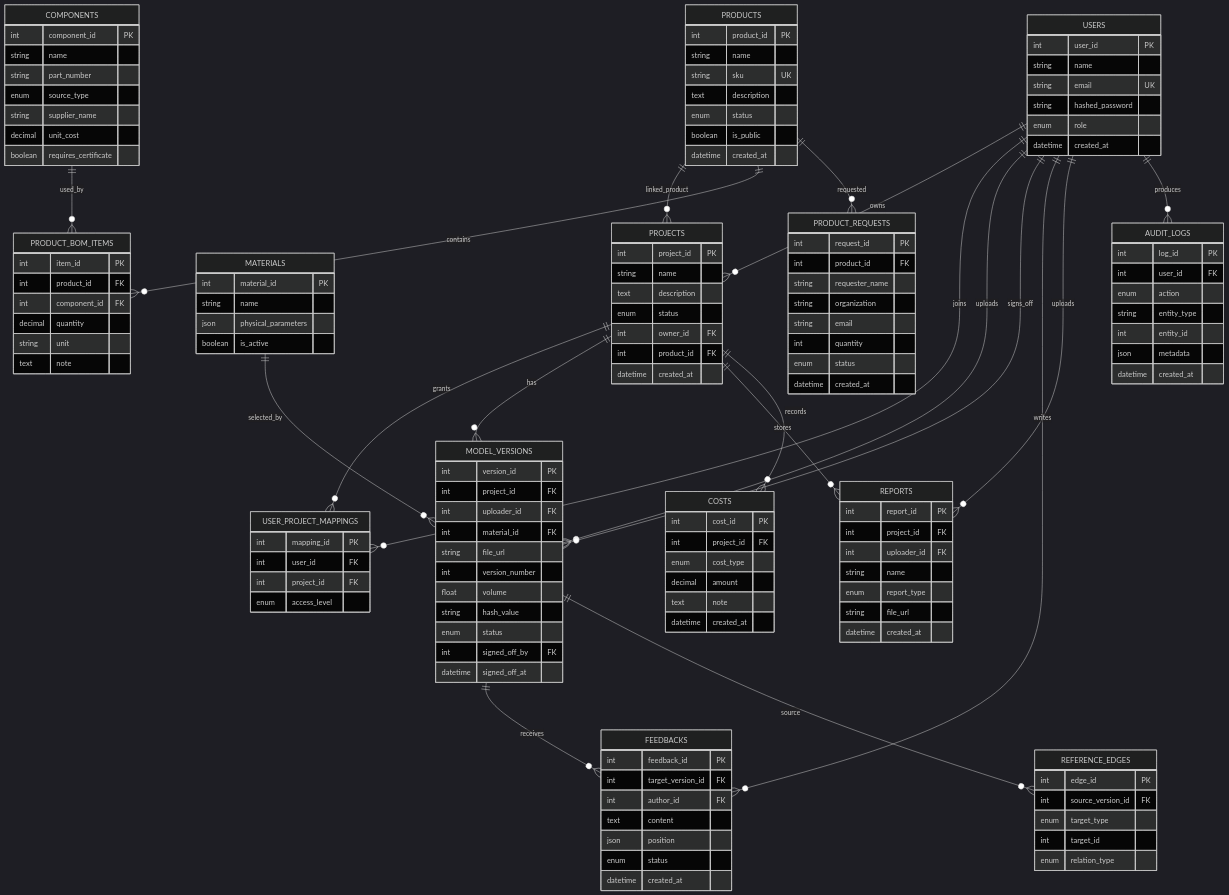
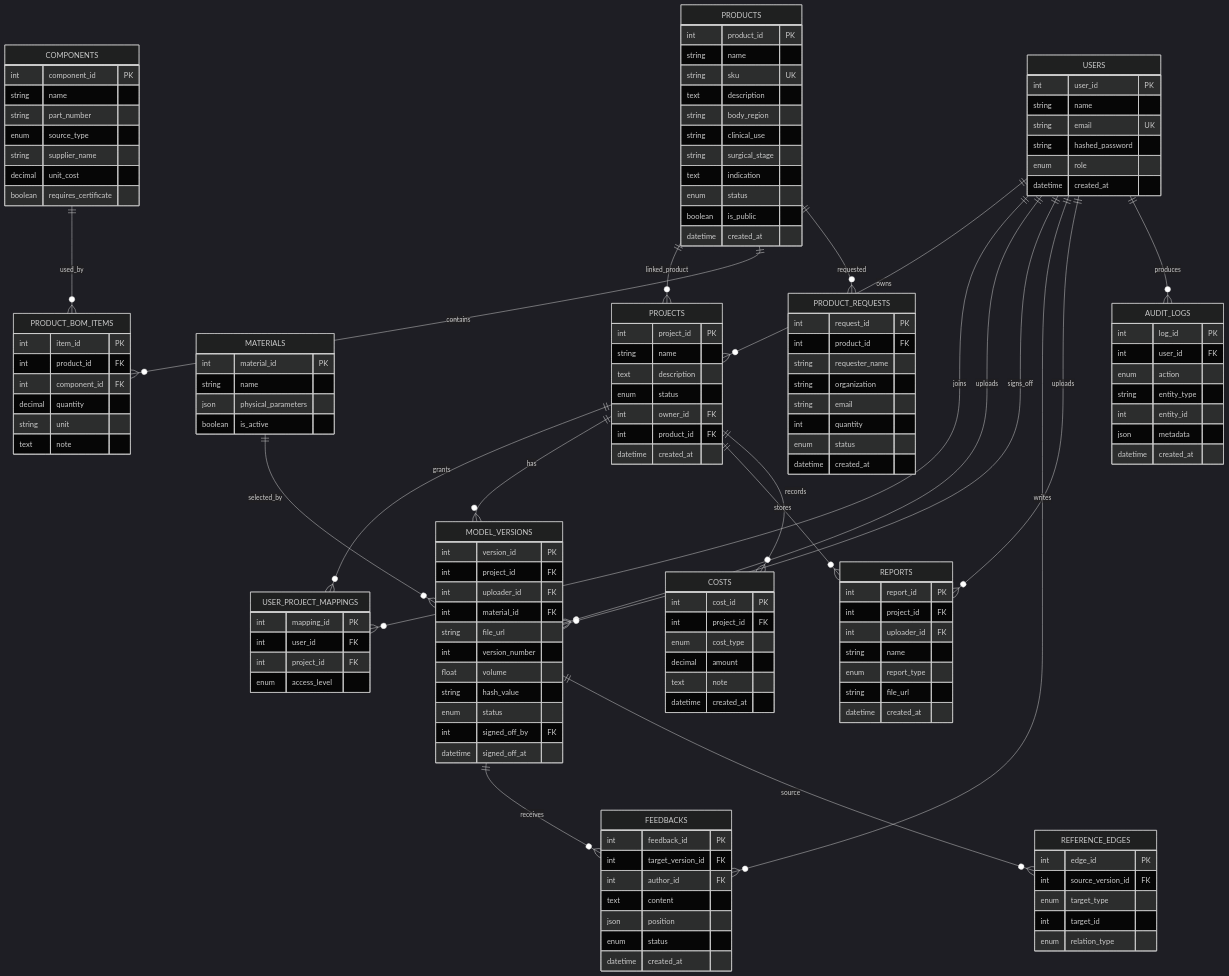
Before and after one commit to lalyuns/sleek-medtech: the second of 6 diagrams in 規格書.md, drawn with Mermaid (dark theme). The commit also changed other lines of this file and 18 other files, not shown here.

```diff
--- a/規格書.md
+++ b/規格書.md
@@ -148,6 +148,10 @@
         string name
         string sku UK
         text description
+        string body_region
+        string clinical_use
+        string surgical_stage
+        text indication
         enum status
         boolean is_public
         datetime created_at
```
